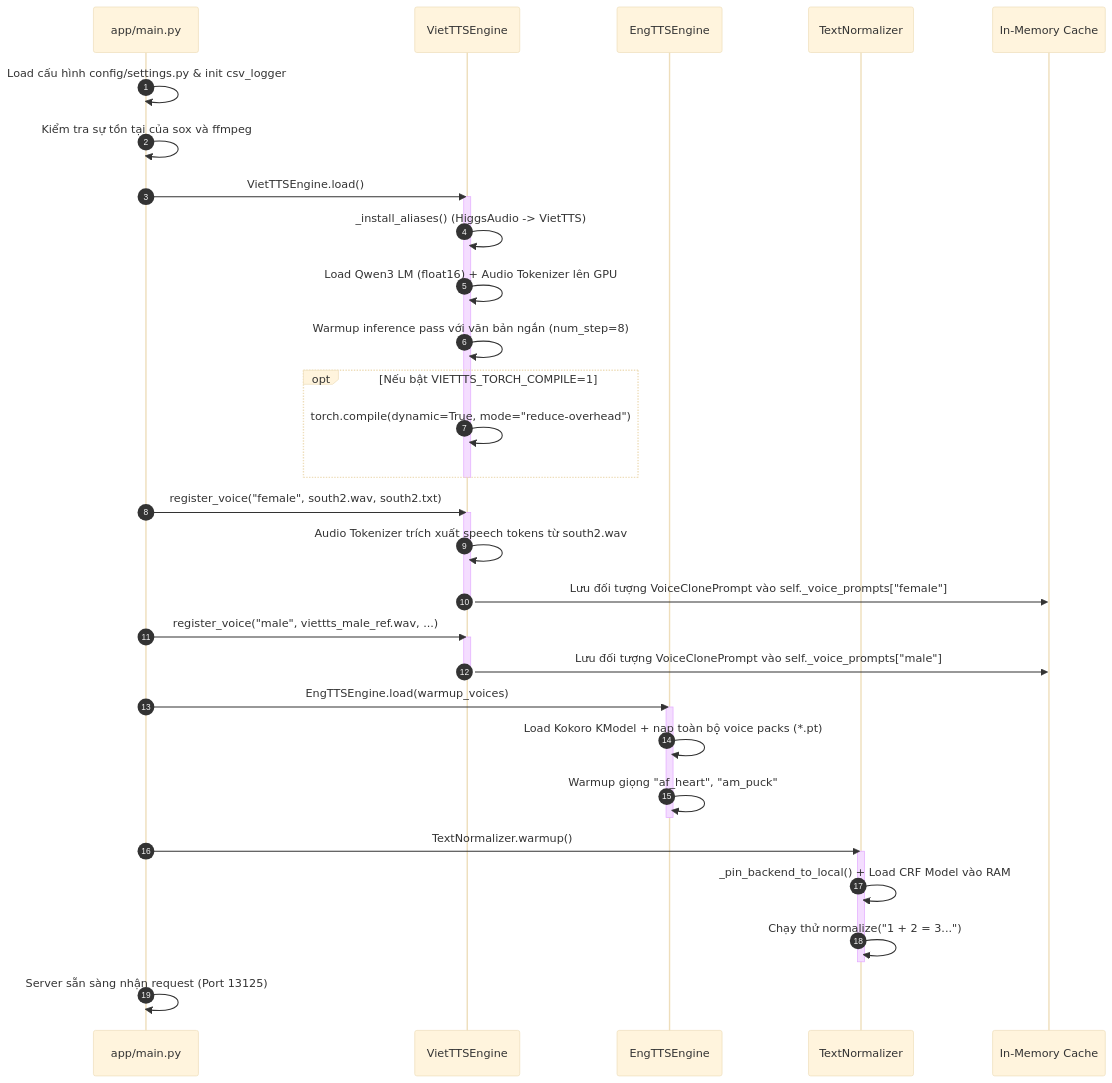
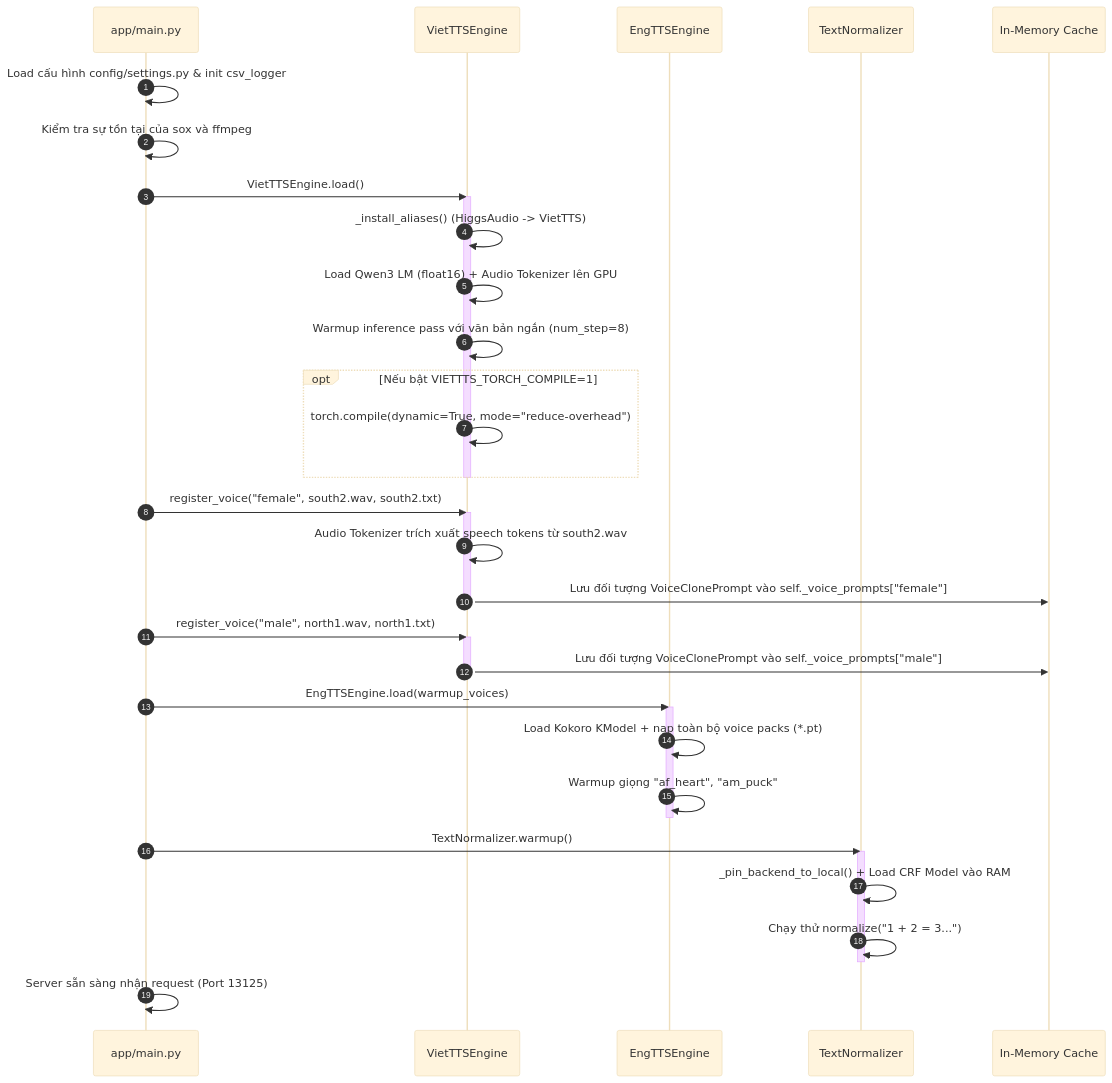
One commit to thanhphuocjr/TTS_BASE changed the first of 2 diagrams in README.md. Above: the diagram before and after it, drawn with Mermaid (base theme). The commit also changed other lines of this file and 5 other files, not shown here.

````diff
--- a/README.md
+++ b/README.md
@@ -104,45 +106,45 @@
 ```mermaid
 sequenceDiagram
     autonumber
     participant Main as app/main.py
     participant VEng as VietTTSEngine
     participant EEng as EngTTSEngine
     participant Norm as TextNormalizer
     participant RAM as In-Memory Cache
 
     Main->>Main: Load cấu hình config/settings.py & init csv_logger
     Main->>Main: Kiểm tra sự tồn tại của sox và ffmpeg
     Main->>VEng: VietTTSEngine.load()
     activate VEng
     VEng->>VEng: _install_aliases() (HiggsAudio -> VietTTS)
     VEng->>VEng: Load Qwen3 LM (float16) + Audio Tokenizer lên GPU
     VEng->>VEng: Warmup inference pass với văn bản ngắn (num_step=8)
     opt Nếu bật VIETTTS_TORCH_COMPILE=1
         VEng->>VEng: torch.compile(dynamic=True, mode="reduce-overhead")
     end
     deactivate VEng
 
     Main->>VEng: register_voice("female", south2.wav, south2.txt)
     activate VEng
     VEng->>VEng: Audio Tokenizer trích xuất speech tokens từ south2.wav
     VEng->>RAM: Lưu đối tượng VoiceClonePrompt vào self._voice_prompts["female"]
     deactivate VEng
 
-    Main->>VEng: register_voice("male", viettts_male_ref.wav, ...)
+    Main->>VEng: register_voice("male", north1.wav, north1.txt)
     activate VEng
     VEng->>RAM: Lưu đối tượng VoiceClonePrompt vào self._voice_prompts["male"]
     deactivate VEng
 
     Main->>EEng: EngTTSEngine.load(warmup_voices)
     activate EEng
     EEng->>EEng: Load Kokoro KModel + nạp toàn bộ voice packs (*.pt)
     EEng->>EEng: Warmup giọng "af_heart", "am_puck"
     deactivate EEng
 
     Main->>Norm: TextNormalizer.warmup()
     activate Norm
     Norm->>Norm: _pin_backend_to_local() + Load CRF Model vào RAM
     Norm->>Norm: Chạy thử normalize("1 + 2 = 3...")
     deactivate Norm
     Main->>Main: Server sẵn sàng nhận request (Port 13125)
 ```
````
